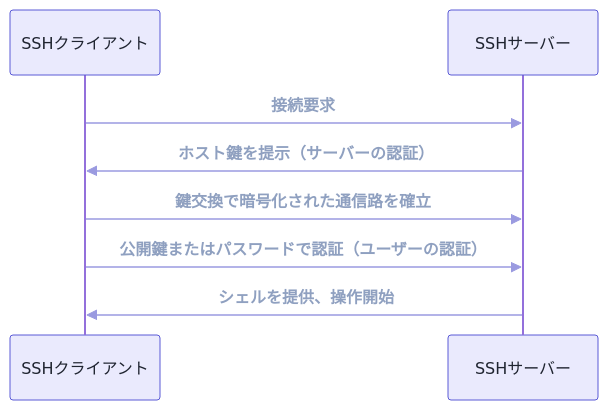
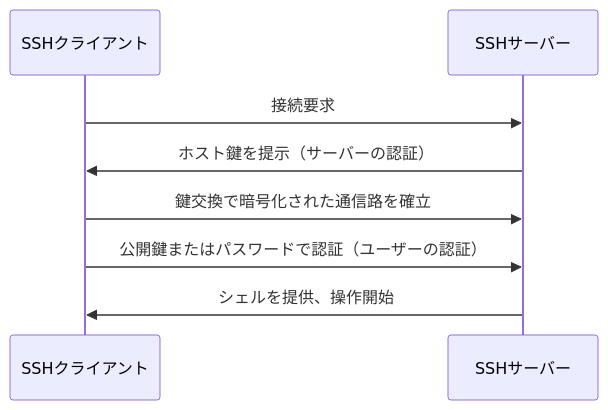
One commit to nagahara-naoki/zenn changed the diagram in articles/9df720490afd39.md. Above: the diagram before and after it, drawn with Mermaid.

Commit message:
SSHとは

````diff
--- a/articles/9df720490afd39.md
+++ b/articles/9df720490afd39.md
@@ -63,23 +63,10 @@
 ```mermaid
-%%{init: {'sequence': {'messageFontWeight': 'bold', 'messageFontSize': 15}, 'themeVariables': {
-  'actorBkg': '#eaeafd',
-  'actorBorder': '#5b5bd6',
-  'actorTextColor': '#1f2430',
-  'signalColor': '#9a9ae0',
-  'signalTextColor': '#8fa0c0',
-  'messageFontWeight': 'bold',
-  'labelBoxBkgColor': '#eaeafd',
-  'labelTextColor': '#1f2430',
-  'noteBkgColor': '#eaeafd',
-  'noteTextColor': '#1f2430',
-  'noteBorderColor': '#5b5bd6'
-}}}%%
 sequenceDiagram
     participant C as SSHクライアント
     participant S as SSHサーバー
     C->>S: 接続要求
     S->>C: ホスト鍵を提示（サーバーの認証）
     C->>S: 鍵交換で暗号化された通信路を確立
     C->>S: 公開鍵またはパスワードで認証（ユーザーの認証）
     S->>C: シェルを提供、操作開始
 ```
````
